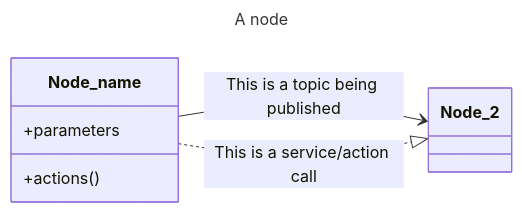
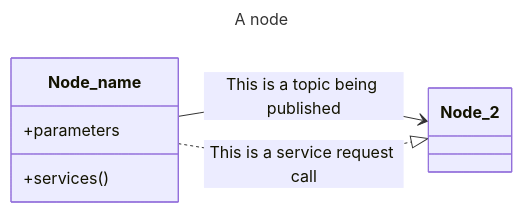
Before and after one commit to PYBrulin/axone: the second of 6 diagrams in README.md, drawn with Mermaid. The commit also changed other lines of this file and 6 other files, not shown here.

````diff
--- a/README.md
+++ b/README.md
@@ -29,16 +54,16 @@
 ```mermaid
 ---
 title: A node
 ---
 classDiagram
     direction LR
     class Node_name{
         +parameters
-        +actions()
+        +services()
     }
     class Node_2{
     }
 
     Node_name --> Node_2 : This is a topic being published
-    Node_name ..|> Node_2 : This is a service/action call
+    Node_name ..|> Node_2 : This is a service request call
 ```
````
